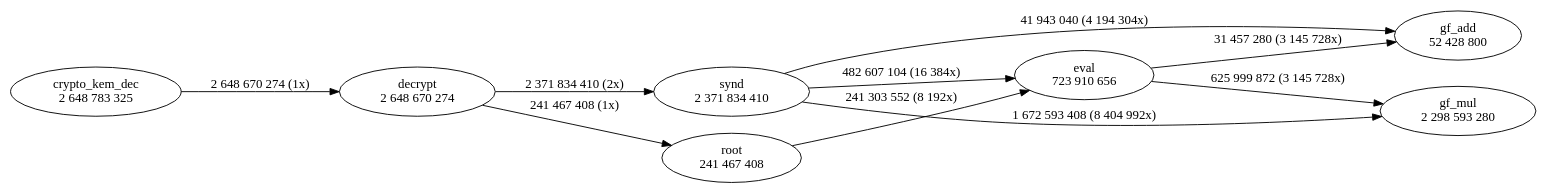
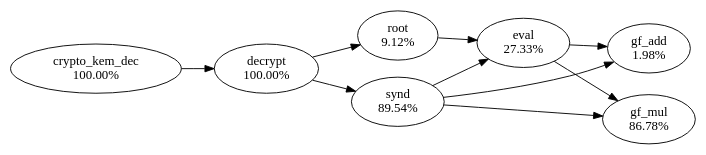
Before and after one commit to profiling-pqc-kem-thesis/data: the diagram in classic-mceliece/hot-paths/8192128/crypto_kem_dec.dot, drawn with Graphviz. The commit also changed 12 other files, not shown here.

```diff
--- a/classic-mceliece/hot-paths/8192128/crypto_kem_dec.dot
+++ b/classic-mceliece/hot-paths/8192128/crypto_kem_dec.dot
@@ -1,19 +1,19 @@
 digraph "callgraph" {
   rankdir=LR;
-  F556254a72240 [label="crypto_kem_dec\n2 648 783 325"];
-  F556254a7a7f0 [label="decrypt\n2 648 670 274"];
-  F556254aaf180 [label="synd\n2 371 834 410"];
-  F556254aaf8b0 [label="eval\n723 910 656"];
-  F556254ab0050 [label="gf_mul\n2 298 593 280"];
-  F556254ab0d70 [label="gf_add\n52 428 800"];
-  F556254ab2a60 [label="root\n241 467 408"];
-  F556254a72240 -> F556254a7a7f0 [weight=3,label="2 648 670 274 (1x)"];
-  F556254a7a7f0 -> F556254aaf180 [weight=3,label="2 371 834 410 (2x)"];
-  F556254a7a7f0 -> F556254ab2a60 [weight=2,label="241 467 408 (1x)"];
-  F556254aaf180 -> F556254aaf8b0 [weight=2,label="482 607 104 (16 384x)"];
-  F556254aaf180 -> F556254ab0050 [weight=3,label="1 672 593 408 (8 404 992x)"];
-  F556254aaf180 -> F556254ab0d70 [weight=2,label="41 943 040 (4 194 304x)"];
-  F556254aaf8b0 -> F556254ab0050 [weight=3,label="625 999 872 (3 145 728x)"];
-  F556254aaf8b0 -> F556254ab0d70 [weight=2,label="31 457 280 (3 145 728x)"];
-  F556254ab2a60 -> F556254aaf8b0 [weight=2,label="241 303 552 (8 192x)"];
+  F556254a72240 [label="crypto_kem_dec\n100.00%"];
+  F556254a7a7f0 [label="decrypt\n100.00%"];
+  F556254aaf180 [label="synd\n89.54%"];
+  F556254aaf8b0 [label="eval\n27.33%"];
+  F556254ab0050 [label="gf_mul\n86.78%"];
+  F556254ab0d70 [label="gf_add\n1.98%"];
+  F556254ab2a60 [label="root\n9.12%"];
+  F556254a72240 -> F556254a7a7f0
+  F556254a7a7f0 -> F556254aaf180
+  F556254a7a7f0 -> F556254ab2a60
+  F556254aaf180 -> F556254aaf8b0
+  F556254aaf180 -> F556254ab0050
+  F556254aaf180 -> F556254ab0d70
+  F556254aaf8b0 -> F556254ab0050
+  F556254aaf8b0 -> F556254ab0d70
+  F556254ab2a60 -> F556254aaf8b0
 }
```
